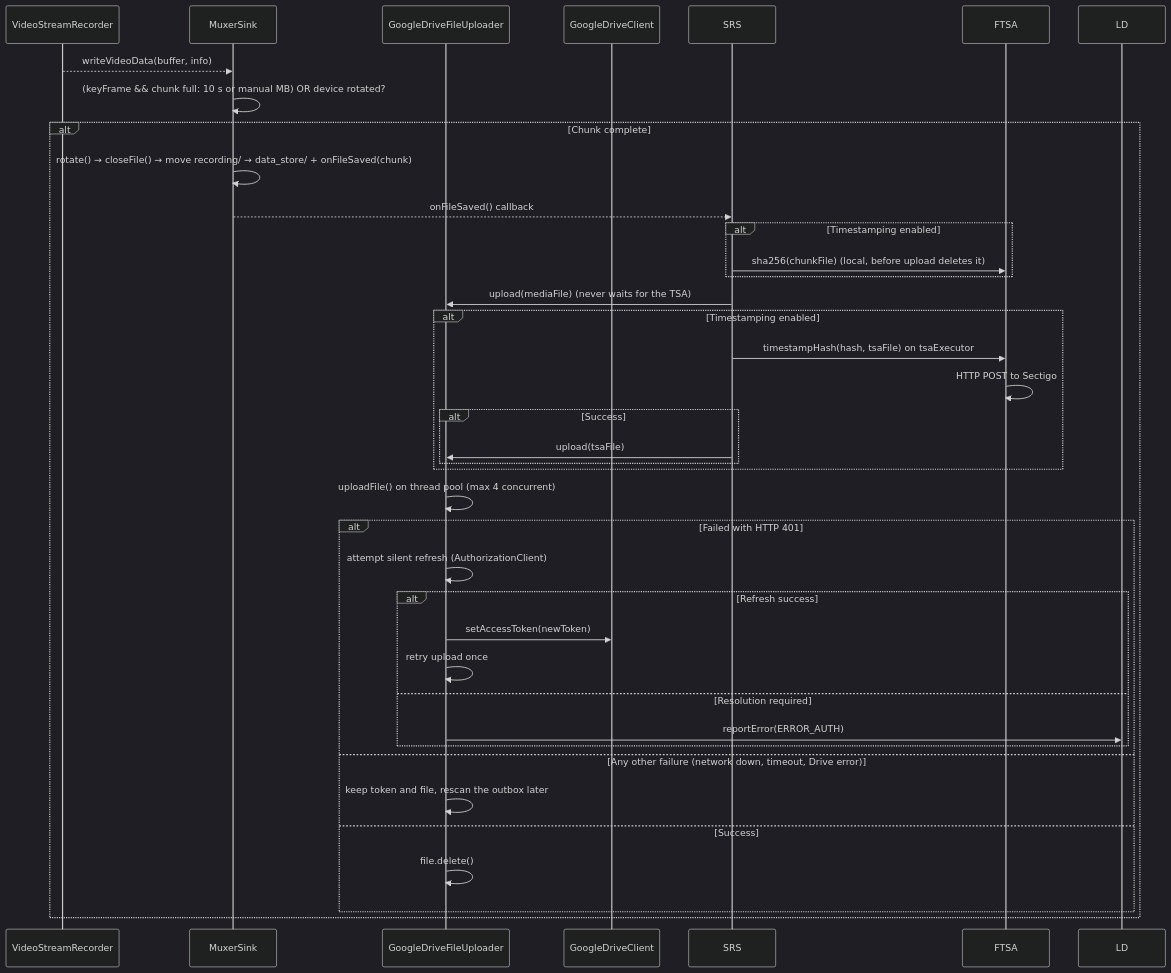
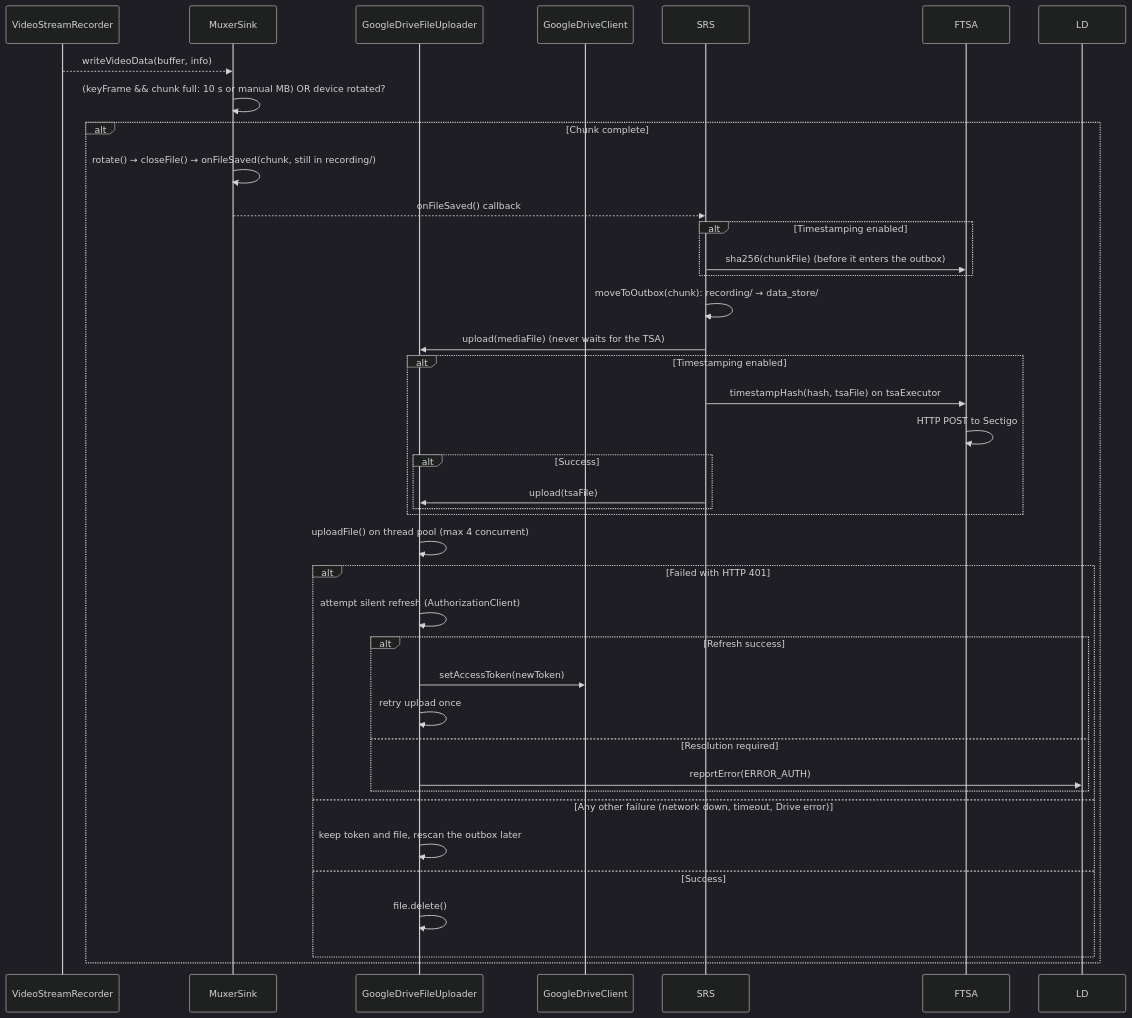
One commit to ark3us/saferec changed the third of 4 diagrams in AGENTS.md. Above: the diagram before and after it, drawn with Mermaid (dark theme). The commit also changed other lines of this file and 2 other files, not shown here.

Commit message:
Hash chunks before they enter the outbox

````diff
--- a/AGENTS.md
+++ b/AGENTS.md
@@ -172,39 +172,40 @@
 ```mermaid
 sequenceDiagram
     participant VSR as VideoStreamRecorder
     participant MS as MuxerSink
     participant GDFU as GoogleDriveFileUploader
     participant GDC as GoogleDriveClient
 
     VSR-->>MS: writeVideoData(buffer, info)
     MS->>MS: (keyFrame && chunk full: 10 s or manual MB) OR device rotated?
     alt Chunk complete
-        MS->>MS: rotate() → closeFile() → move recording/ → data_store/ + onFileSaved(chunk)
+        MS->>MS: rotate() → closeFile() → onFileSaved(chunk, still in recording/)
         MS-->>SRS: onFileSaved() callback
         alt Timestamping enabled
-            SRS->>FTSA: sha256(chunkFile) (local, before upload deletes it)
+            SRS->>FTSA: sha256(chunkFile) (before it enters the outbox)
         end
+        SRS->>SRS: moveToOutbox(chunk): recording/ → data_store/
         SRS->>GDFU: upload(mediaFile) (never waits for the TSA)
         alt Timestamping enabled
             SRS->>FTSA: timestampHash(hash, tsaFile) on tsaExecutor
             FTSA->>FTSA: HTTP POST to Sectigo
             alt Success
                 SRS->>GDFU: upload(tsaFile)
             end
         end
         GDFU->>GDFU: uploadFile() on thread pool (max 4 concurrent)
         alt Failed with HTTP 401
             GDFU->>GDFU: attempt silent refresh (AuthorizationClient)
             alt Refresh success
                 GDFU->>GDC: setAccessToken(newToken)
                 GDFU->>GDFU: retry upload once
             else Resolution required
                 GDFU->>LD: reportError(ERROR_AUTH)
             end
         else Any other failure (network down, timeout, Drive error)
             GDFU->>GDFU: keep token and file, rescan the outbox later
         else Success
             GDFU->>GDFU: file.delete()
         end
     end
 ```
````
